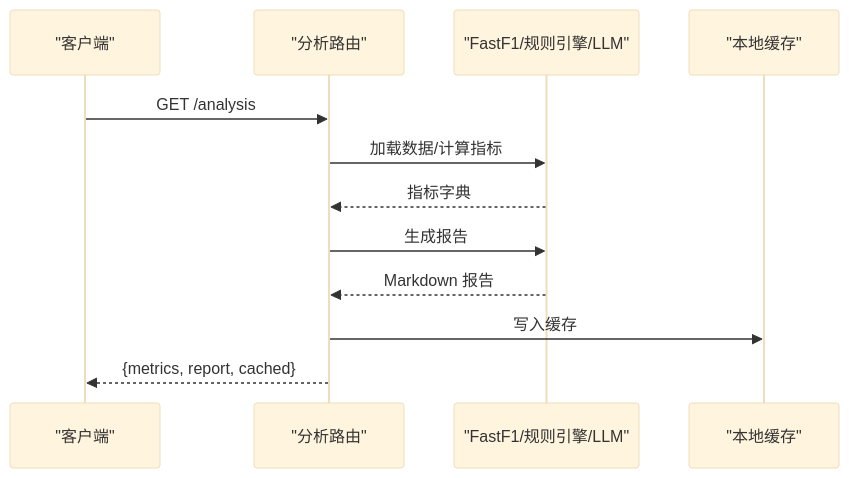
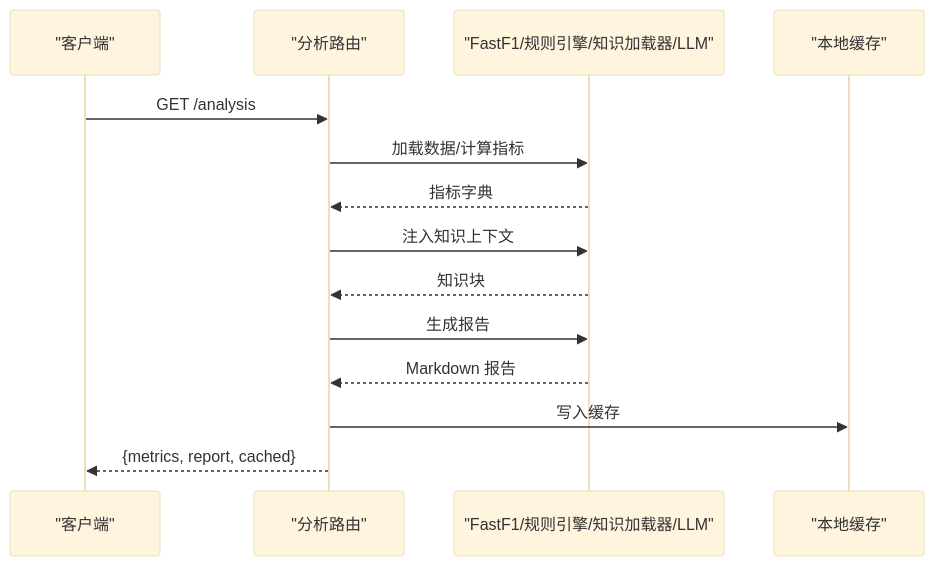
Before and after one commit to jianai0330/Fast-F1: the seventh of 10 diagrams in .qoder/repowiki/zh/content/数据分析功能/AI 分析报告.md, drawn with Mermaid (base theme). The commit also changed other lines of this file and 22 other files, not shown here.

````diff
--- a/.qoder/repowiki/zh/content/数据分析功能/AI 分析报告.md
+++ b/.qoder/repowiki/zh/content/数据分析功能/AI 分析报告.md
@@ -252,14 +361,16 @@
 ```mermaid
 sequenceDiagram
 participant Client as "客户端"
 participant Router as "分析路由"
-participant Svc as "FastF1/规则引擎/LLM"
+participant Svc as "FastF1/规则引擎/知识加载器/LLM"
 participant Cache as "本地缓存"
 Client->>Router : GET /analysis
 Router->>Svc : 加载数据/计算指标
 Svc-->>Router : 指标字典
+Router->>Svc : 注入知识上下文
+Svc-->>Router : 知识块
 Router->>Svc : 生成报告
 Svc-->>Router : Markdown 报告
 Router->>Cache : 写入缓存
 Router-->>Client : {metrics, report, cached}
 ```
````
